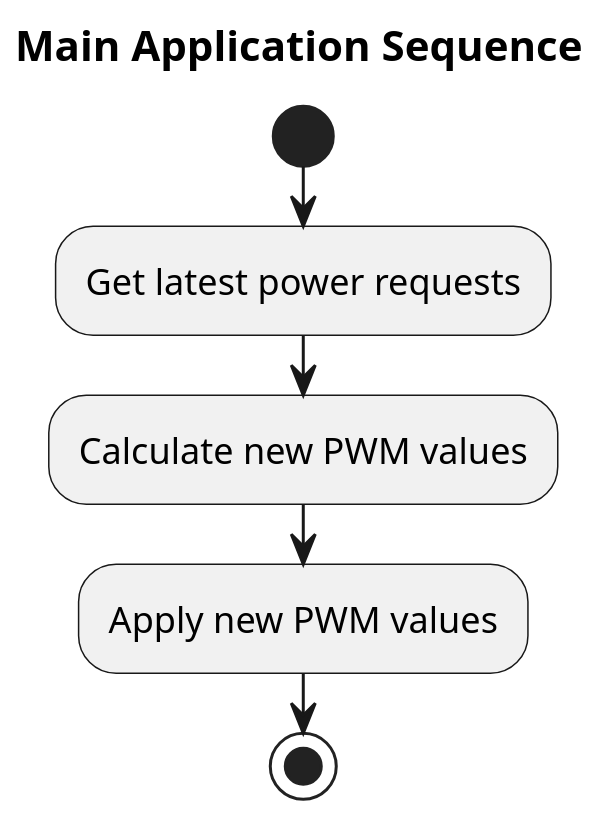
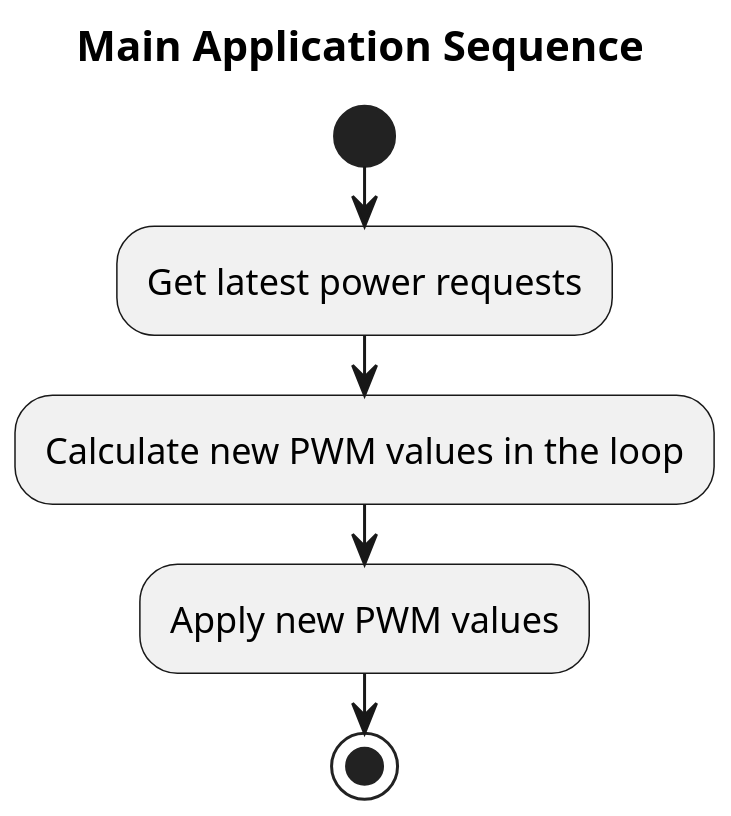
Before and after one commit to inpgbburda/FlyMatic: the second of 2 diagrams in docs/motor_control.md, drawn with PlantUML.

Commit message:
Update function description

````diff
--- a/docs/motor_control.md
+++ b/docs/motor_control.md
@@ -93,14 +93,14 @@
 ```puml
 @startuml
 
 scale 2
 title Main Application Sequence  
 
 start
 :Get latest power requests;
-:Calculate new PWM values;
+:Calculate new PWM values in the loop;
 :Apply new PWM values;
 stop
 
 @enduml
 ```
````
